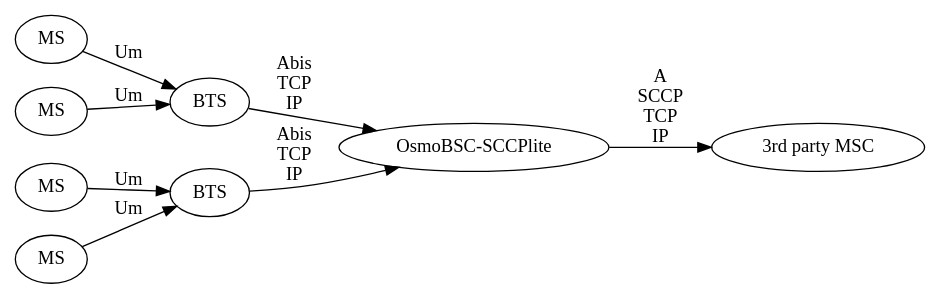
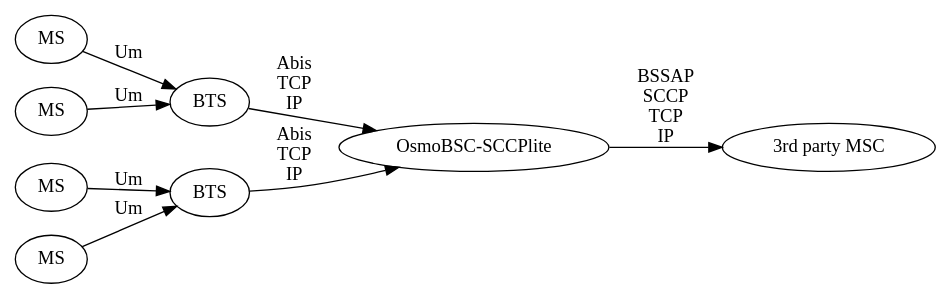
The first of 2 diagrams in doc/manuals/chapters/overview.adoc (osmocom/osmo-bsc), drawn with Graphviz before and after one commit. The commit also changed other lines of this file, not shown here.

First line of the commit message:
manual: It's not "A over SCCP" but "BSSAP over SCCP"

```diff
--- a/doc/manuals/chapters/overview.adoc
+++ b/doc/manuals/chapters/overview.adoc
@@ -69,18 +69,18 @@
 [graphviz]
 ----
 digraph G {
         rankdir=LR;
         MS0 [label="MS"];
         MS1 [label="MS"];
         MS2 [label="MS"];
         MS3 [label="MS"];
         BTS0 [label="BTS"];
         BTS1 [label="BTS"];
         BSC [label="OsmoBSC-SCCPlite"];
         MSC [label="3rd party MSC"];
         {MS0,MS1}->BTS0 [label="Um"];
         {MS2,MS3}->BTS1 [label="Um"];
         {BTS0,BTS1}->BSC [label="Abis\nTCP\nIP"];
-        BSC->MSC [label="A\nSCCP\nTCP\nIP"];
+        BSC->MSC [label="BSSAP\nSCCP\nTCP\nIP"];
 }
 ----
```
